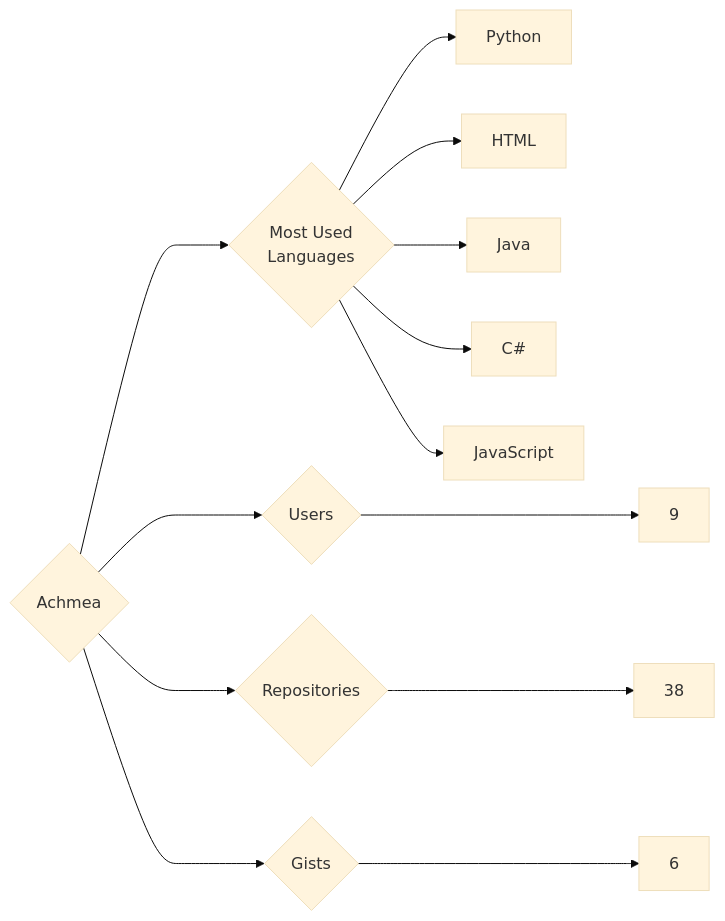
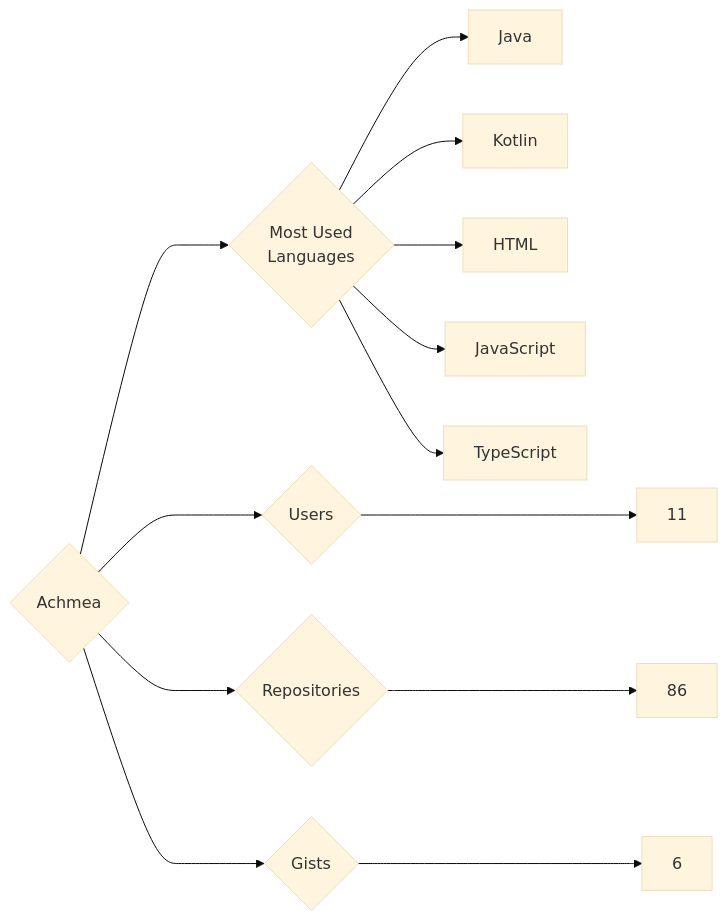
The diagram in targets/Achmea/README.md (trickest/insiders), drawn with Mermaid (base theme) before and after one commit. The commit also changed 837 other files, not shown here.

````diff
--- a/targets/Achmea/README.md
+++ b/targets/Achmea/README.md
@@ -3,13 +3,13 @@
 ```mermaid
 graph LR
 COMPANY_NAME{Achmea}
-COMPANY_NAME ---> U{Users} ---> UN[9]
-COMPANY_NAME ---> R{Repositories} ---> RN[38]
+COMPANY_NAME ---> U{Users} ---> UN[11]
+COMPANY_NAME ---> R{Repositories} ---> RN[86]
 COMPANY_NAME ---> G{Gists} ---> GN[6]
 COMPANY_NAME ---> ML{Most Used<br>Languages}
-ML --> Python[Python]
+ML --> Java[Java]
+ML --> Kotlin[Kotlin]
 ML --> HTML[HTML]
-ML --> Java[Java]
-ML --> C#[C#]
 ML --> JavaScript[JavaScript]
+ML --> TypeScript[TypeScript]
 ```
````
